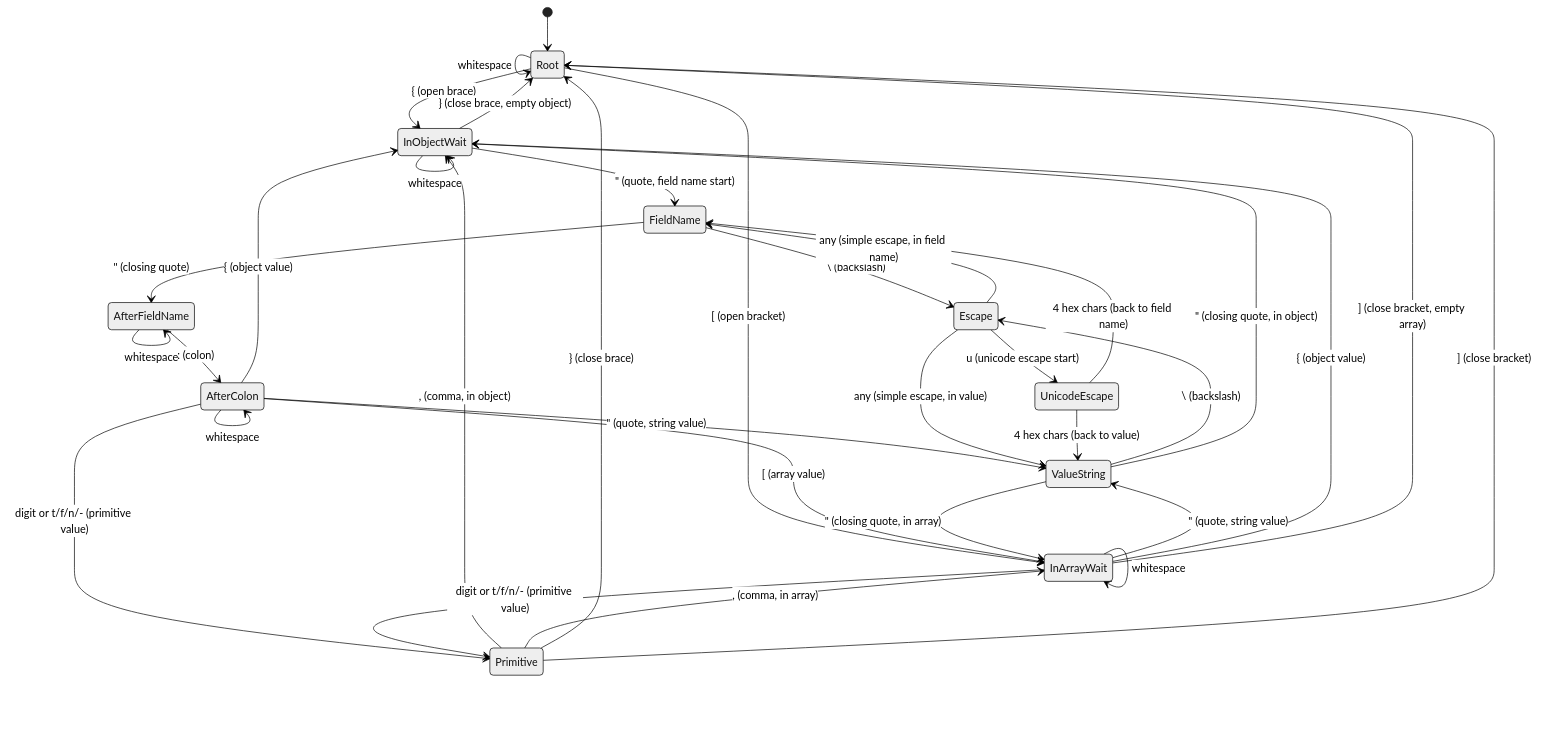
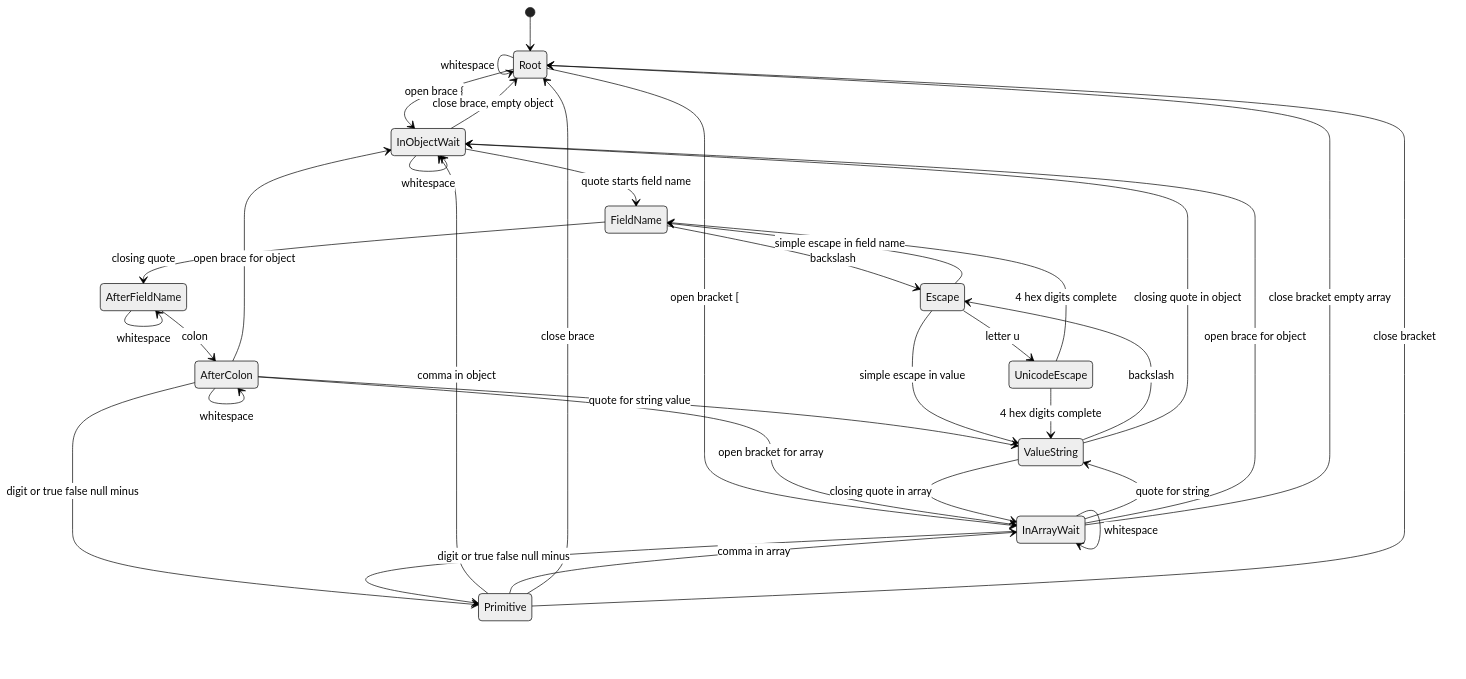
One commit to alexeygrigorev/jaxn changed the diagram in states.md. Above: the diagram before and after it, drawn with Mermaid (neutral theme). The commit also changed other lines of this file and 1 other file, not shown here.

First line of the commit message:
Fix Mermaid diagram and update states documentation

````diff
--- a/states.md
+++ b/states.md
@@ -7,49 +9,49 @@
 ```mermaid
 stateDiagram-v2
     [*] --> Root
 
-    Root --> InObjectWait: { (open brace)
-    Root --> InArrayWait: [ (open bracket)
-    Root --> Root: whitespace
+    Root --> InObjectWait : open brace {
+    Root --> InArrayWait : open bracket [
+    Root --> Root : whitespace
 
-    InObjectWait --> FieldName: " (quote, field name start)
-    InObjectWait --> Root: } (close brace, empty object)
-    InObjectWait --> InObjectWait: , (comma, ready for next field)
-    InObjectWait --> InObjectWait: whitespace
+    InObjectWait --> FieldName : quote starts field name
+    InObjectWait --> Root : close brace, empty object
+    InObjectWait --> InObjectWait : comma before next field
+    InObjectWait --> InObjectWait : whitespace
 
-    FieldName --> Escape: \\ (backslash)
-    FieldName --> AfterFieldName: " (closing quote)
+    FieldName --> Escape : backslash
+    FieldName --> AfterFieldName : closing quote
 
-    AfterFieldName --> AfterColon: : (colon)
-    AfterFieldName --> AfterFieldName: whitespace
+    AfterFieldName --> AfterColon : colon
+    AfterFieldName --> AfterFieldName : whitespace
 
-    AfterColon --> ValueString: " (quote, string value)
-    AfterColon --> InObjectWait: { (object value)
-    AfterColon --> InArrayWait: [ (array value)
-    AfterColon --> Primitive: digit or t/f/n/- (primitive value)
-    AfterColon --> AfterColon: whitespace
+    AfterColon --> ValueString : quote for string value
+    AfterColon --> InObjectWait : open brace for object
+    AfterColon --> InArrayWait : open bracket for array
+    AfterColon --> Primitive : digit or true false null minus
+    AfterColon --> AfterColon : whitespace
 
-    ValueString --> Escape: \\ (backslash)
-    ValueString --> InObjectWait: " (closing quote, in object)
-    ValueString --> InArrayWait: " (closing quote, in array)
+    ValueString --> Escape : backslash
+    ValueString --> InObjectWait : closing quote in object
+    ValueString --> InArrayWait : closing quote in array
 
-    Primitive --> InObjectWait: , (comma, in object)
-    Primitive --> InArrayWait: , (comma, in array)
-    Primitive --> Root: } (close brace)
-    Primitive --> Root: ] (close bracket)
+    Primitive --> InObjectWait : comma in object
+    Primitive --> InArrayWait : comma in array
+    Primitive --> Root : close brace
+    Primitive --> Root : close bracket
 
-    InArrayWait --> ValueString: " (quote, string value)
-    InArrayWait --> InObjectWait: { (object value)
-    InArrayWait --> InArrayWait: [ (nested array)
-    InArrayWait --> Primitive: digit or t/f/n/- (primitive value)
-    InArrayWait --> Root: ] (close bracket, empty array)
-    InArrayWait --> InArrayWait: , (comma between items)
-    InArrayWait --> InArrayWait: whitespace
+    InArrayWait --> ValueString : quote for string
+    InArrayWait --> InObjectWait : open brace for object
+    InArrayWait --> InArrayWait : nested array
+    InArrayWait --> Primitive : digit or true false null minus
+    InArrayWait --> Root : close bracket empty array
+    InArrayWait --> InArrayWait : comma between items
+    InArrayWait --> InArrayWait : whitespace
 
-    Escape --> UnicodeEscape: u (unicode escape start)
-    Escape --> FieldName: any (simple escape, in field name)
-    Escape --> ValueString: any (simple escape, in value)
+    Escape --> UnicodeEscape : letter u
+    Escape --> FieldName : simple escape in field name
+    Escape --> ValueString : simple escape in value
 
-    UnicodeEscape --> FieldName: 4 hex chars (back to field name)
-    UnicodeEscape --> ValueString: 4 hex chars (back to value)
+    UnicodeEscape --> FieldName : 4 hex digits complete
+    UnicodeEscape --> ValueString : 4 hex digits complete
 ```
````
